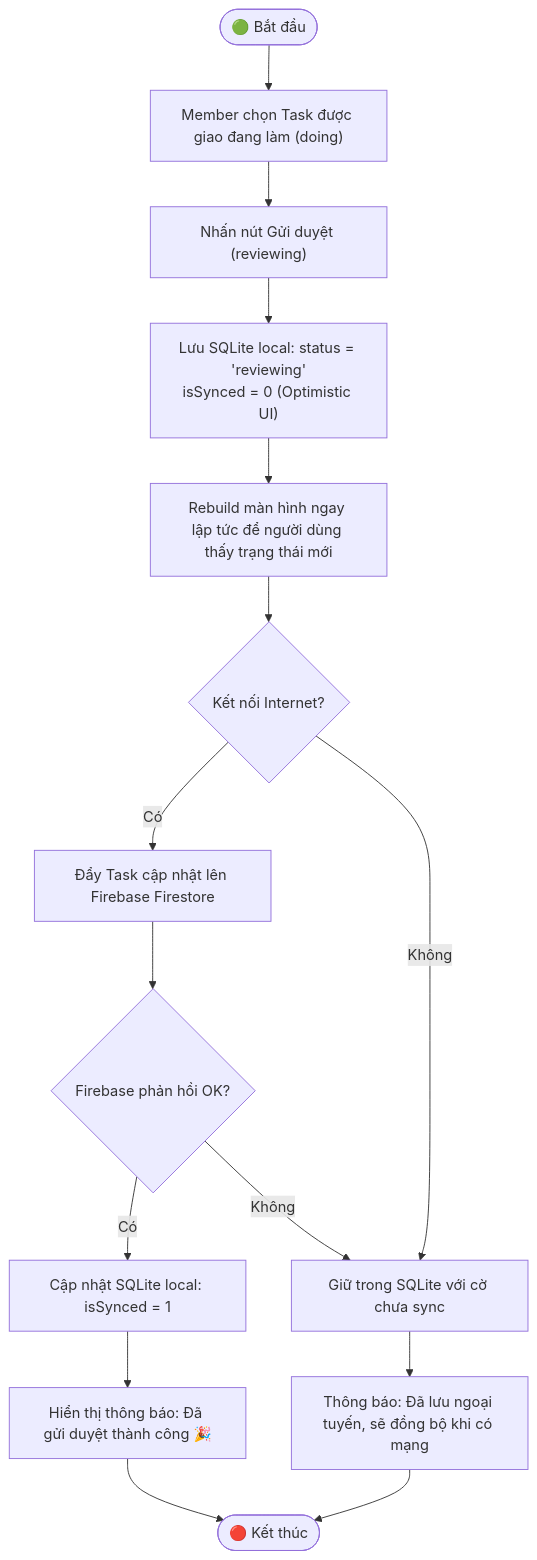
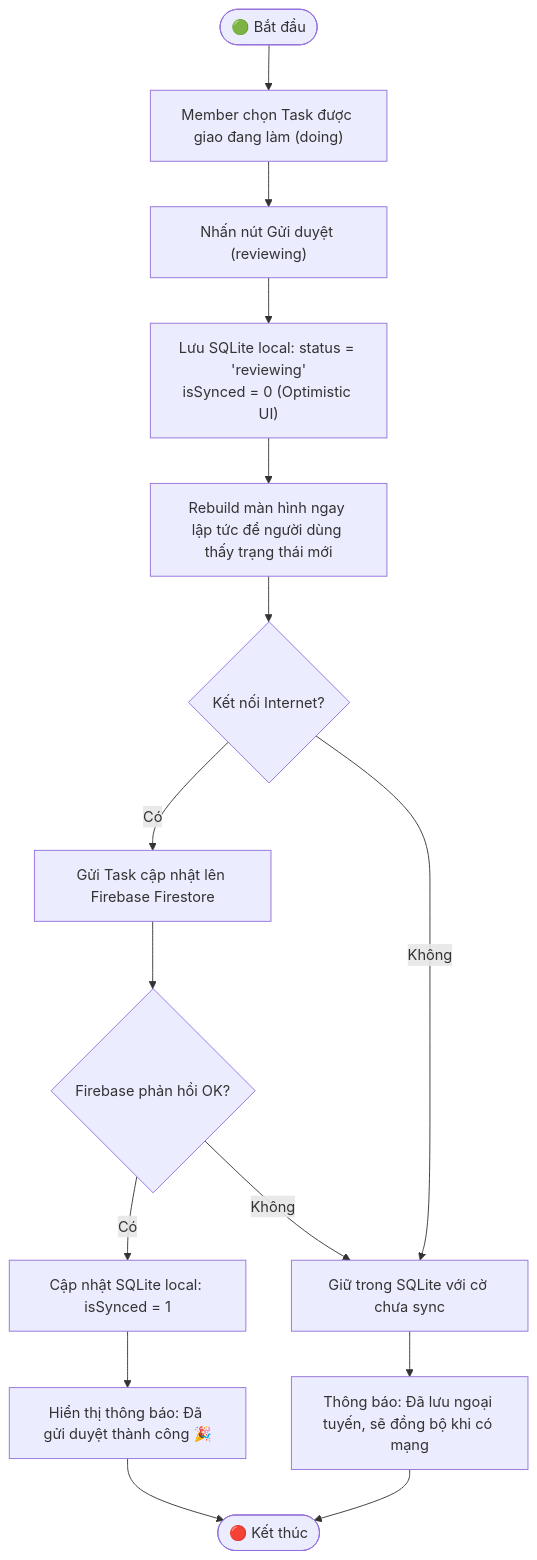
One commit to ttt-huong/TaskFlow_Huong_Thuong_Cuong_N03_1_2026 changed the fourth of 12 diagrams in docs/bao_cao_bai_tap_lon_cuoi_ky.md. Above: the diagram before and after it, drawn with Mermaid. The commit also changed other lines of this file, not shown here.

````diff
--- a/docs/bao_cao_bai_tap_lon_cuoi_ky.md
+++ b/docs/bao_cao_bai_tap_lon_cuoi_ky.md
@@ -517,21 +404,22 @@
 ```mermaid
 flowchart TD
     START(["🟢 Bắt đầu"]) --> MEMBER_SELECT["Member chọn Task được giao đang làm (doing)"]
     MEMBER_SELECT --> CLICK_SUBMIT["Nhấn nút Gửi duyệt (reviewing)"]
-    CLICK_SUBMIT --> UPDATE_LOCAL["Lưu SQLite local: status = 'reviewing'\nisSynced = 0 (Optimistic UI)"]
+    CLICK_SUBMIT --> UPDATE_LOCAL["Lưu SQLite local: status = 'reviewing'
+isSynced = 0 (Optimistic UI)"]
     UPDATE_LOCAL --> OPTIMISTIC_UI["Rebuild màn hình ngay lập tức để người dùng thấy trạng thái mới"]
     
     OPTIMISTIC_UI --> CHECK_NET{"Kết nối Internet?"}
-    CHECK_NET -- Có --> PUSH_CLOUD["Đẩy Task cập nhật lên Firebase Firestore"]
+    CHECK_NET -- Có --> PUSH_CLOUD["Gửi Task cập nhật lên Firebase Firestore"]
     PUSH_CLOUD --> SYNC_OK{"Firebase phản hồi OK?"}
     
     SYNC_OK -- Có --> MARK_SYNCED["Cập nhật SQLite local: isSynced = 1"]
     MARK_SYNCED --> NOTIFY["Hiển thị thông báo: Đã gửi duyệt thành công 🎉"]
     NOTIFY --> END_SUCCESS(["🔴 Kết thúc"])
     
     SYNC_OK -- Không --> QUEUE_SYNC["Giữ trong SQLite với cờ chưa sync"]
     CHECK_NET -- Không --> QUEUE_SYNC
     
     QUEUE_SYNC --> QUEUE_PENDING["Thông báo: Đã lưu ngoại tuyến, sẽ đồng bộ khi có mạng"]
     QUEUE_PENDING --> END_SUCCESS
 ```
````
